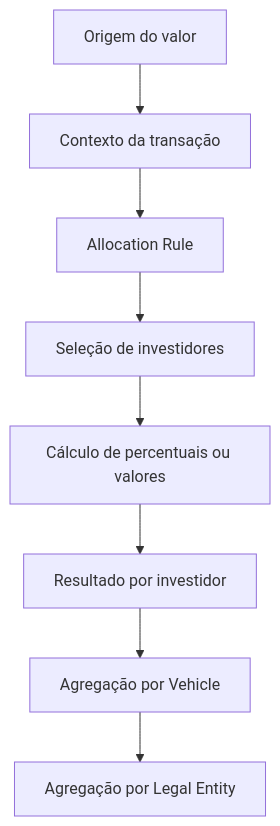
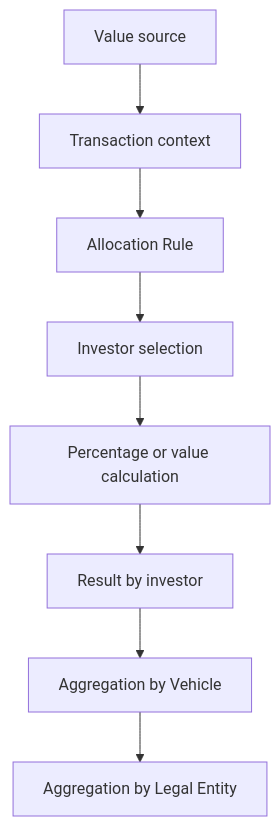
The first of 3 diagrams in docs/allocation-rules/architecture.md (msekimoto/investran), drawn with Mermaid before and after one commit. The commit also changed other lines of this file and 52 other files, not shown here.

````diff
--- a/docs/allocation-rules/architecture.md
+++ b/docs/allocation-rules/architecture.md
@@ -7,10 +7,10 @@
 ```mermaid
 flowchart TD
-    A[Origem do valor] --> B[Contexto da transação]
+    A[Value source] --> B[Transaction context]
     B --> C[Allocation Rule]
-    C --> D[Seleção de investidores]
-    D --> E[Cálculo de percentuais ou valores]
-    E --> F[Resultado por investidor]
-    F --> G[Agregação por Vehicle]
-    G --> H[Agregação por Legal Entity]
+    C --> D[Investor selection]
+    D --> E[Percentage or value calculation]
+    E --> F[Result by investor]
+    F --> G[Aggregation by Vehicle]
+    G --> H[Aggregation by Legal Entity]
 ```
````
